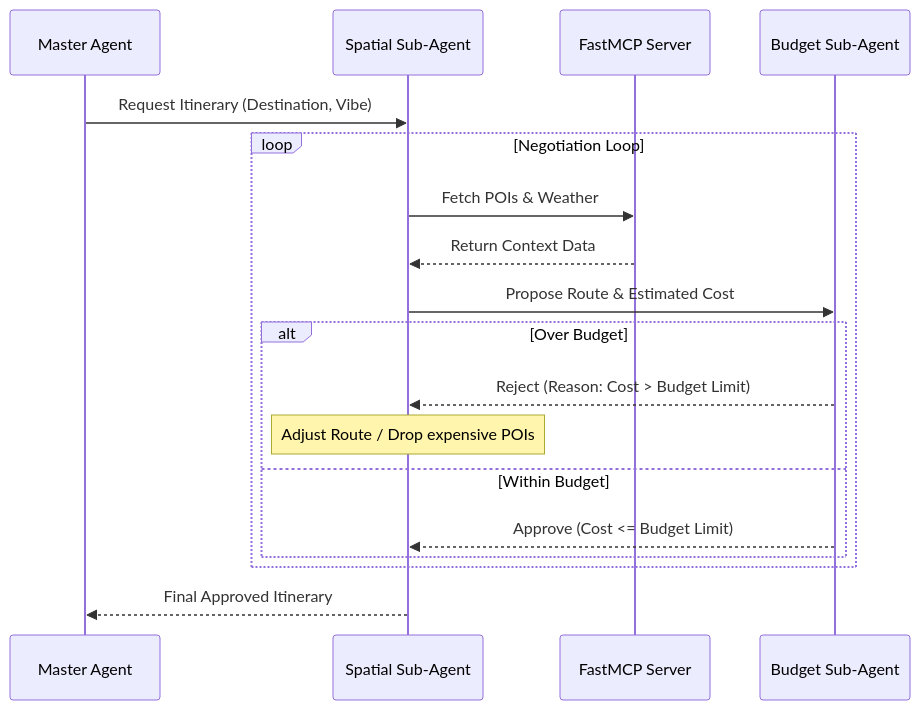
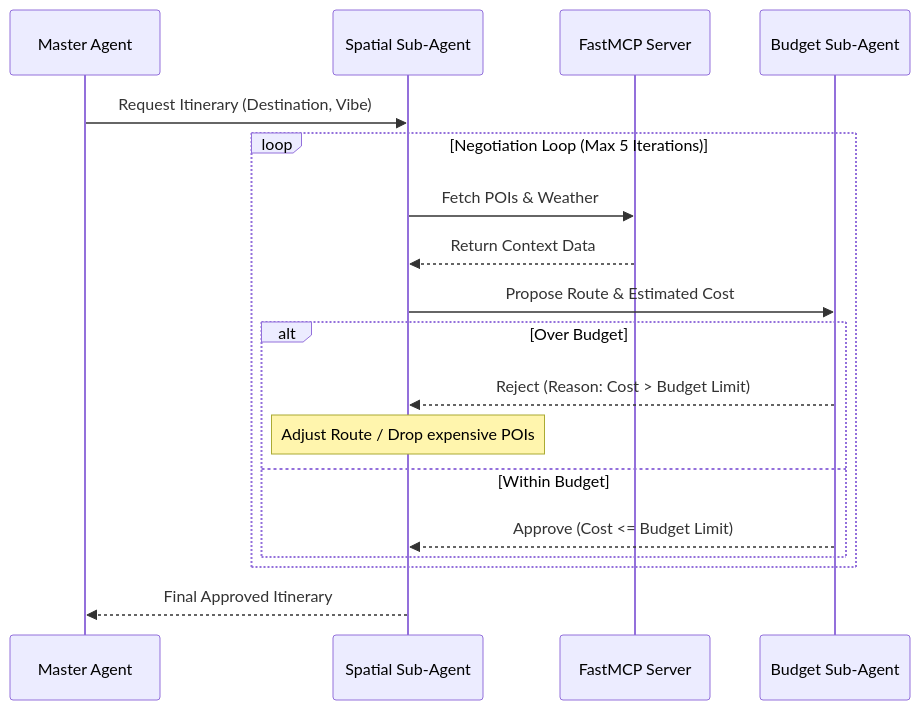
One commit to neerajojha1855/wrangler changed the second of 2 diagrams in ARCHITECTURE.md. Above: the diagram before and after it, drawn with Mermaid. The commit also changed other lines of this file and 2 other files, not shown here.

````diff
--- a/ARCHITECTURE.md
+++ b/ARCHITECTURE.md
@@ -49,23 +50,23 @@
 ```mermaid
 sequenceDiagram
     participant Master as Master Agent
     participant Spatial as Spatial Sub-Agent
     participant MCP as FastMCP Server
     participant Budget as Budget Sub-Agent
 
     Master->>Spatial: Request Itinerary (Destination, Vibe)
-    loop Negotiation Loop
+    loop Negotiation Loop (Max 5 Iterations)
         Spatial->>MCP: Fetch POIs & Weather
         MCP-->>Spatial: Return Context Data
         Spatial->>Budget: Propose Route & Estimated Cost
         
         alt Over Budget
             Budget-->>Spatial: Reject (Reason: Cost > Budget Limit)
             Note over Spatial: Adjust Route / Drop expensive POIs
         else Within Budget
             Budget-->>Spatial: Approve (Cost <= Budget Limit)
         end
     end
     
     Spatial-->>Master: Final Approved Itinerary
 ```
````
